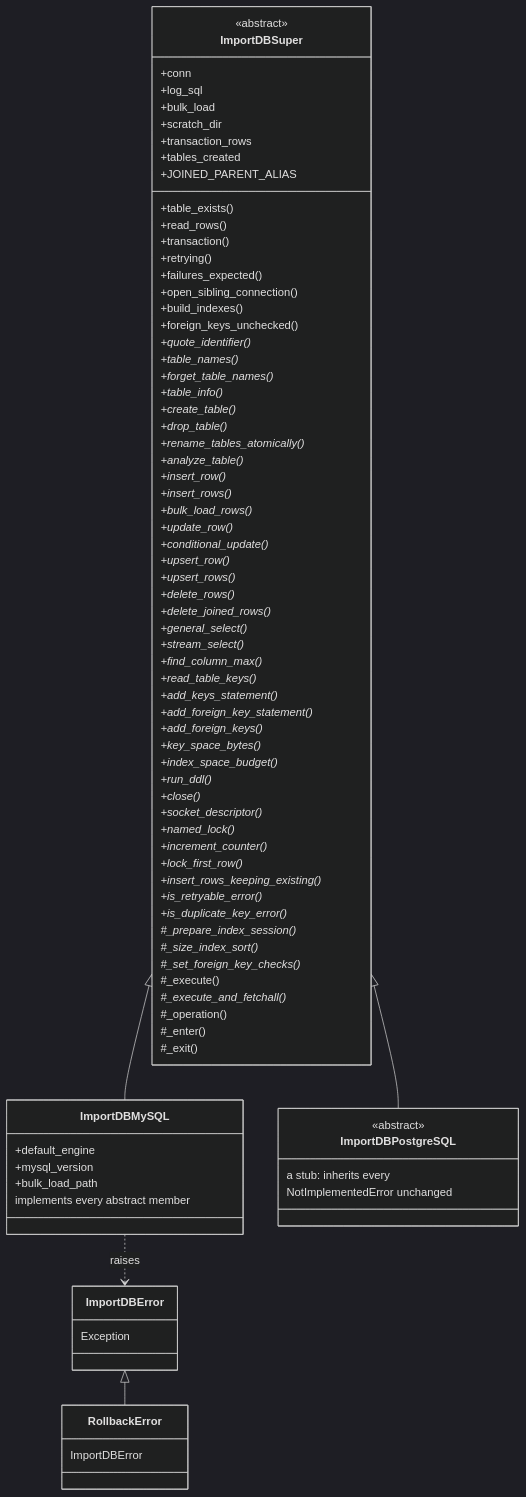
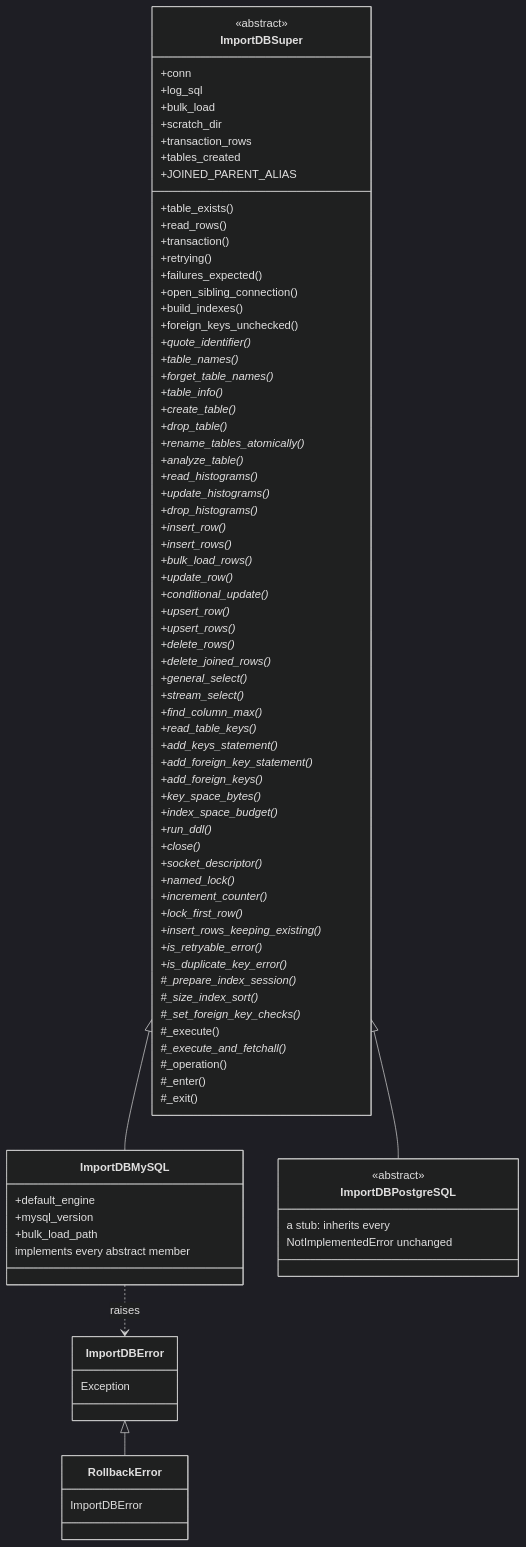
One commit to SETI/rms-opus changed the diagram in docs/dev_guide_import_db.rst. Above: the diagram before and after it, drawn with Mermaid (dark theme). The commit also changed other lines of this file and 10 other files, not shown here.

```diff
--- a/docs/dev_guide_import_db.rst
+++ b/docs/dev_guide_import_db.rst
@@ -56,6 +56,9 @@
             +drop_table()*
             +rename_tables_atomically()*
             +analyze_table()*
+            +read_histograms()*
+            +update_histograms()*
+            +drop_histograms()*
             +insert_row()*
             +insert_rows()*
             +bulk_load_rows()*
```
